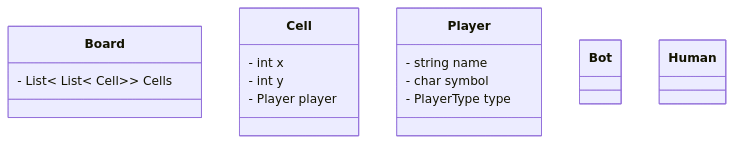
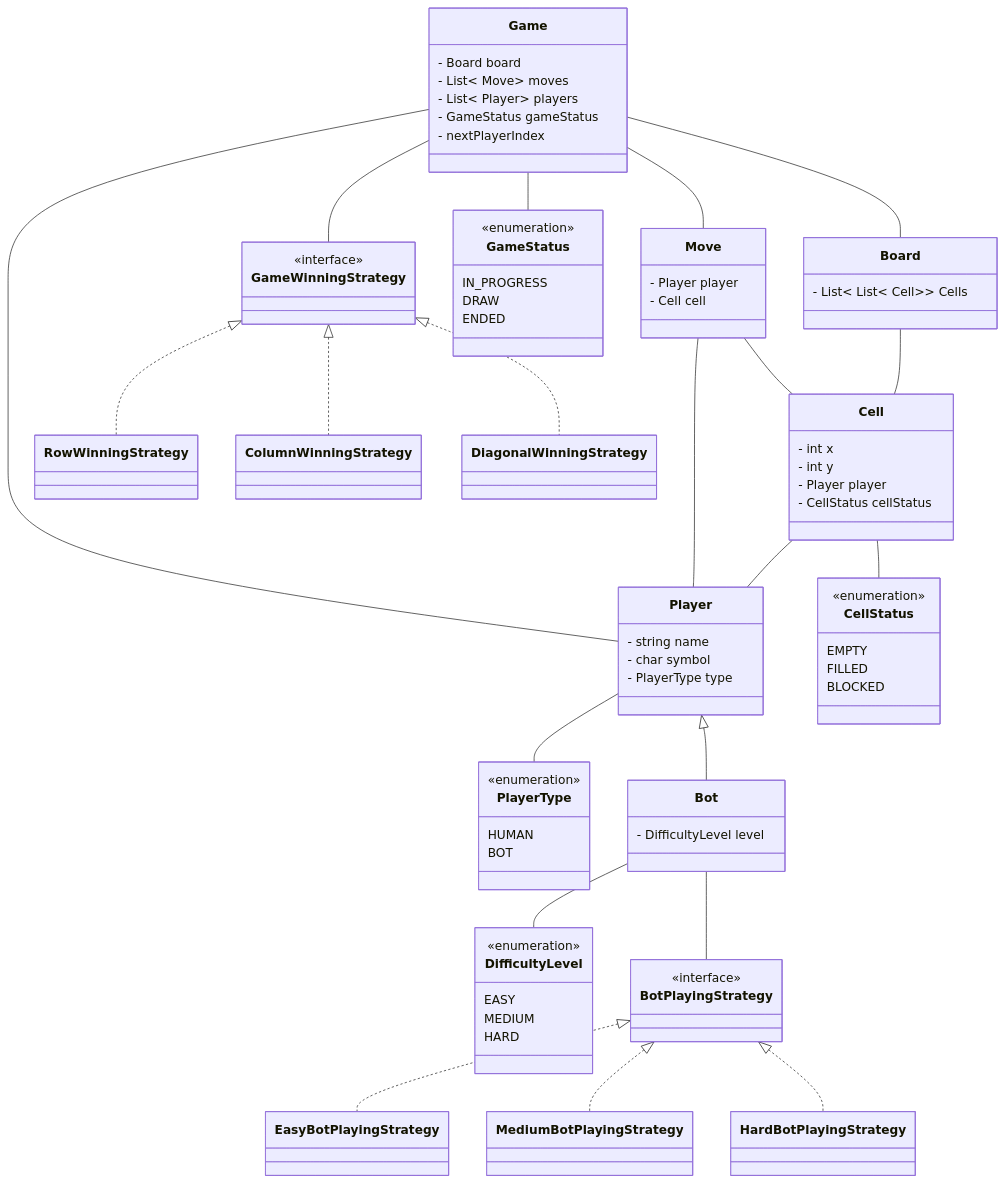
One commit to bhaskarbhakat/low-level-design changed the diagram in target/classes/com/TicTacToe/readme.md. Above: the diagram before and after it, drawn with Mermaid. The commit also changed other lines of this file and 1 other file, not shown here.

Commit message:
Done with TicTacToe class diagram

````diff
--- a/target/classes/com/TicTacToe/readme.md
+++ b/target/classes/com/TicTacToe/readme.md
@@ -32,28 +32,117 @@
 ```mermaid
 classDiagram
 
+    Game -- Board
+    Game -- Move
+    Game -- GameStatus
+    Game -- Player
+    Game -- GameWinningStrategy
+
+    class Game{
+        - Board board
+        - List< Move> moves
+        - List< Player> players
+        - GameStatus gameStatus
+        - nextPlayerIndex
+    }
+
+    Move -- Player
+    Move -- Cell
+
+    class Move{
+        - Player player
+        - Cell cell
+    }
+
+    class GameStatus{
+        <<enumeration>>
+        IN_PROGRESS
+        DRAW
+        ENDED
+    }
+    
+    Board -- Cell
     class Board{
         - List< List< Cell>> Cells
     }
+
+    Cell -- CellStatus
+    Cell -- Player
 
     class Cell{
         - int x
         - int y
         - Player player
+        - CellStatus cellStatus
     }
 
+    class CellStatus{
+        <<enumeration>>
+        EMPTY
+        FILLED
+        BLOCKED
+    }
+
+    Player -- PlayerType
+    Player <|-- Bot
     class Player{
         - string name
         - char symbol
         - PlayerType type
     }
 
+    class PlayerType{
+        <<enumeration>>
+        HUMAN
+        BOT
+    }
+
+    Bot -- DifficultyLevel
+    Bot -- BotPlayingStrategy
+
     class Bot{
+        - DifficultyLevel level
+    }
+
+    class DifficultyLevel{
+        <<enumeration>>
+        EASY
+        MEDIUM
+        HARD
+    }
+
+    class GameWinningStrategy{
+        <<interface>>
+    }
+
+    class RowWinningStrategy{
+
+    }
+    class ColumnWinningStrategy{
+
+    }
+    class DiagonalWinningStrategy{
 
     }
 
-    class Human{
-
+    class BotPlayingStrategy{
+        <<interface>>
     }
 
+    class EasyBotPlayingStrategy{   
+    }
+
+    class MediumBotPlayingStrategy{   
+    }
+
+    class HardBotPlayingStrategy{   
+    }
+
+    BotPlayingStrategy <|.. EasyBotPlayingStrategy
+    BotPlayingStrategy <|.. MediumBotPlayingStrategy
+    BotPlayingStrategy <|.. HardBotPlayingStrategy
+
+    GameWinningStrategy <|.. RowWinningStrategy
+    GameWinningStrategy <|.. ColumnWinningStrategy
+    GameWinningStrategy <|.. DiagonalWinningStrategy
 ```
````
